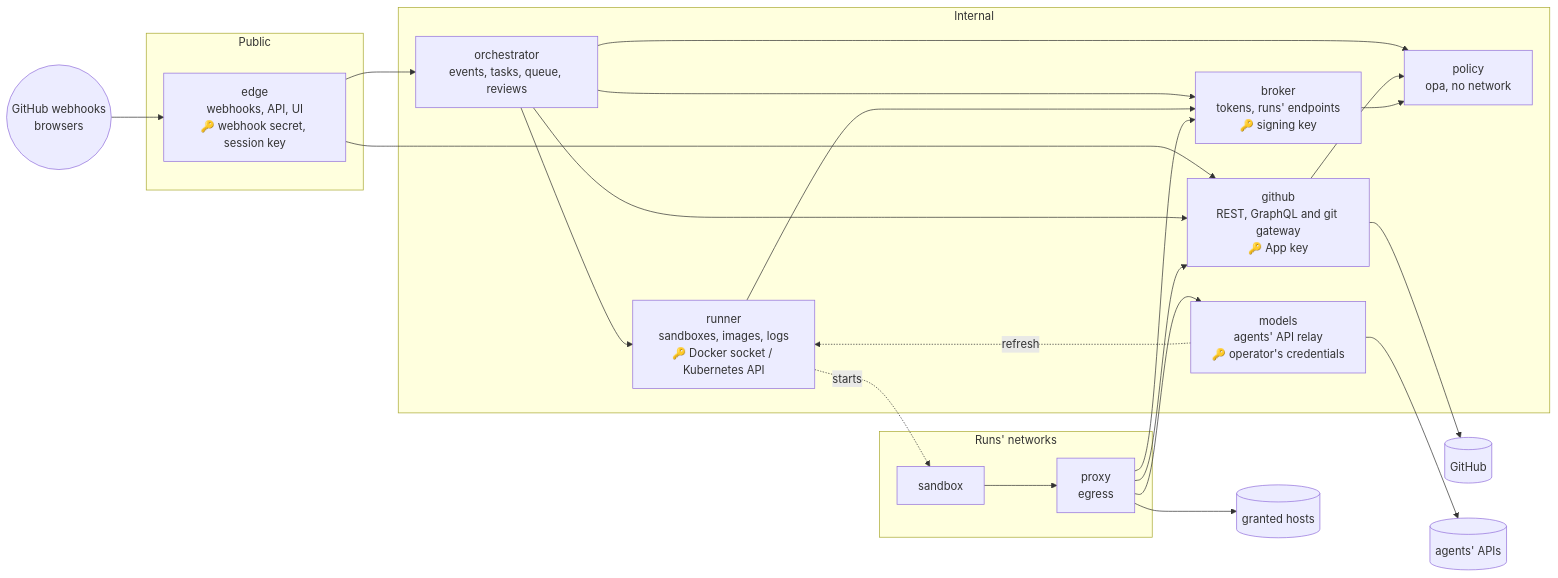
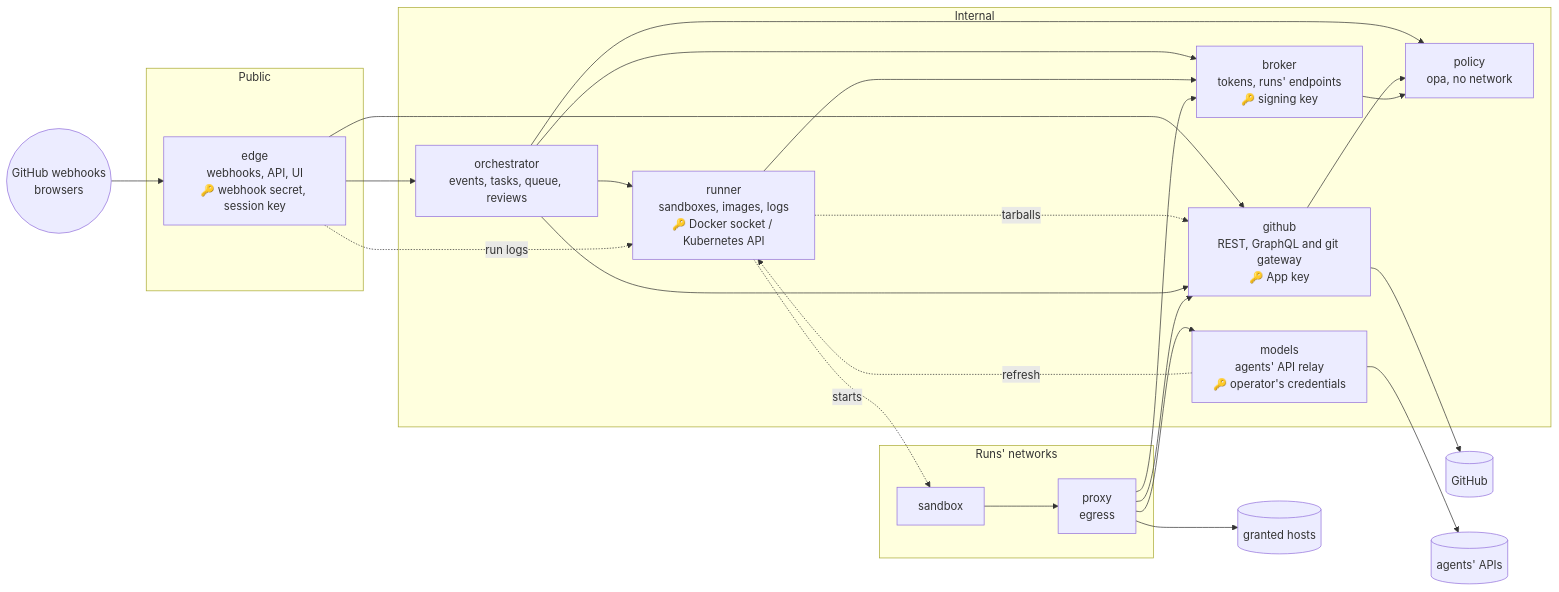
Before and after one commit to BryanSmee/deckhand: the diagram in docs/services.md, drawn with Mermaid. The commit also changed other lines of this file, not shown here.

First line of the commit message:
docs: services: review fixes: the runner fetches tarballs from github, edge reads run logs from the runner; policy needs no service token; on Compose the agent calls made early in a long models drain fail, not the late ones; the proxy's Compose gap said once

````diff
--- a/docs/services.md
+++ b/docs/services.md
@@ -10,45 +10,47 @@
 ```mermaid
 flowchart LR
   web(("GitHub webhooks<br/>browsers"))
   gh[("GitHub")]
   ai[("agents' APIs")]
   hosts[("granted hosts")]
 
   subgraph public [Public]
     edge["edge<br/>webhooks, API, UI<br/>🔑 webhook secret, session key"]
   end
 
   subgraph internal [Internal]
     orch["orchestrator<br/>events, tasks, queue, reviews"]
     runner["runner<br/>sandboxes, images, logs<br/>🔑 Docker socket / Kubernetes API"]
     broker["broker<br/>tokens, runs' endpoints<br/>🔑 signing key"]
     github["github<br/>REST, GraphQL and git gateway<br/>🔑 App key"]
     models["models<br/>agents' API relay<br/>🔑 operator's credentials"]
     policy["policy<br/>opa, no network"]
   end
 
   subgraph runs ["Runs' networks"]
     sandbox["sandbox"]
     proxy["proxy<br/>egress"]
   end
 
   web --> edge
   edge --> orch
   edge --> github
   orch --> runner
   orch --> broker
   runner --> broker
+  runner -. tarballs .-> github
+  edge -. run logs .-> runner
   orch --> github
   orch --> policy
   runner -. starts .-> sandbox
   sandbox --> proxy
   proxy --> github
   proxy --> models
   proxy --> broker
   proxy --> hosts
   github --> policy
   broker --> policy
   github --> gh
   models --> ai
   models -. refresh .-> runner
 ```
````
